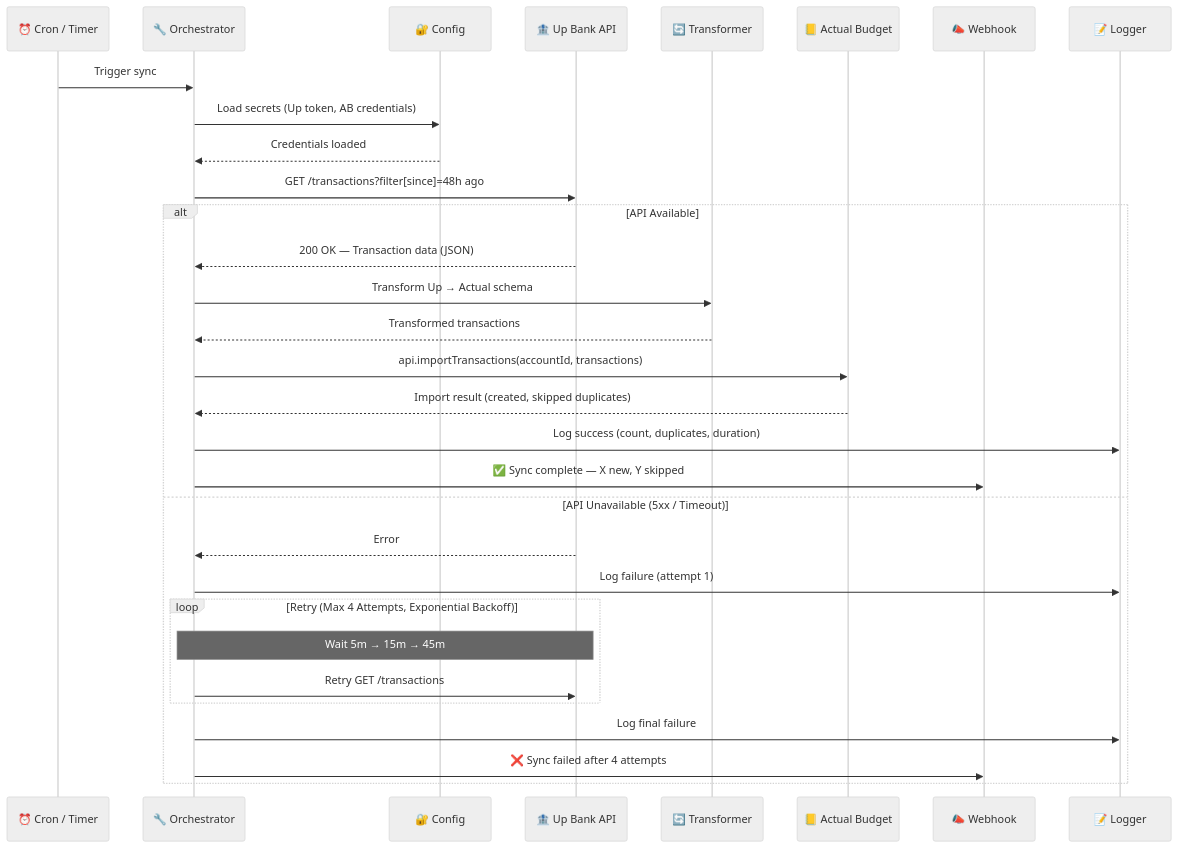
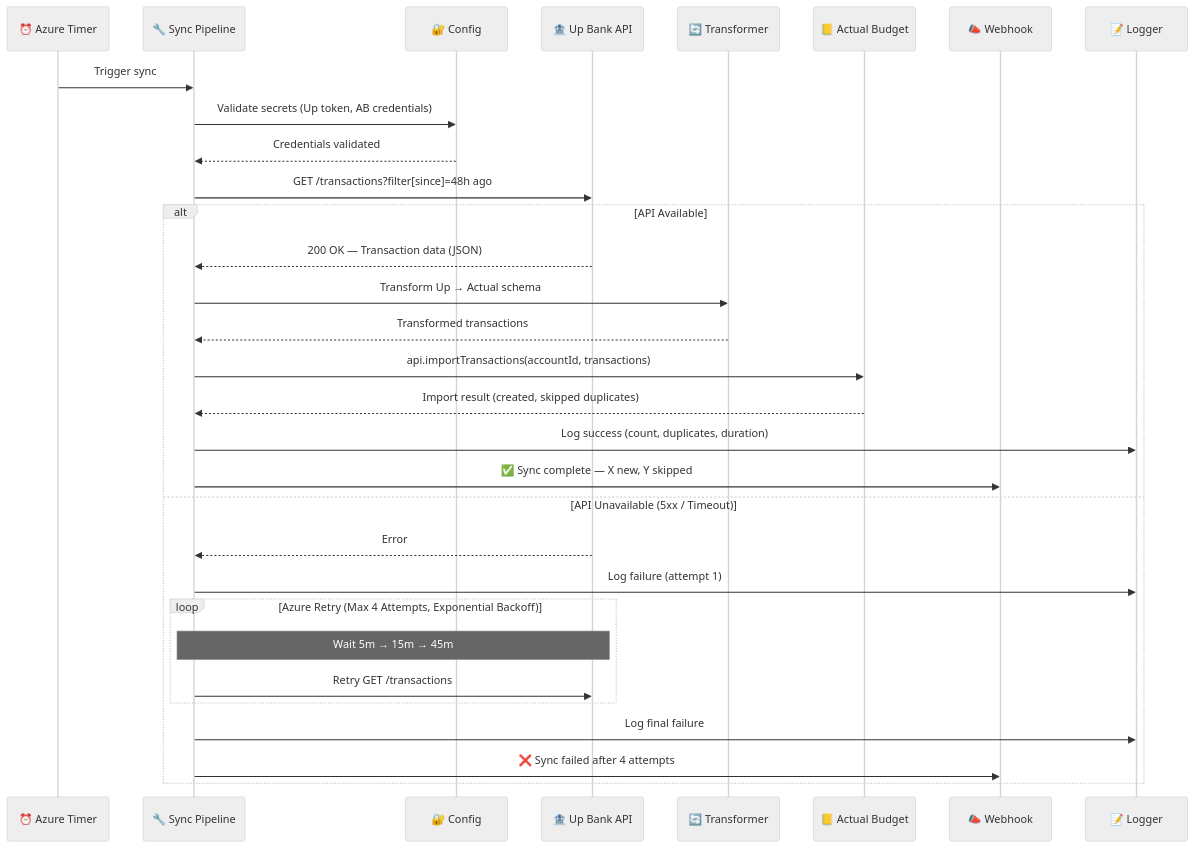
One commit to romanesmatt/up-to-actual changed the second of 3 diagrams in README.md. Above: the diagram before and after it, drawn with Mermaid (neutral theme). The commit also changed other lines of this file, not shown here.

````diff
--- a/README.md
+++ b/README.md
@@ -64,35 +66,35 @@
 ```mermaid
 sequenceDiagram
-    participant Cron as ⏰ Cron / Timer
-    participant Orch as 🔧 Orchestrator
+    participant Timer as ⏰ Azure Timer
+    participant Sync as 🔧 Sync Pipeline
     participant Config as 🔐 Config
     participant Up as 🏦 Up Bank API
     participant Trans as 🔄 Transformer
     participant AB as 📒 Actual Budget
     participant Notify as 📣 Webhook
     participant Log as 📝 Logger
 
-    Cron->>Orch: Trigger sync
-    Orch->>Config: Load secrets (Up token, AB credentials)
-    Config-->>Orch: Credentials loaded
+    Timer->>Sync: Trigger sync
+    Sync->>Config: Validate secrets (Up token, AB credentials)
+    Config-->>Sync: Credentials validated
 
-    Orch->>Up: GET /transactions?filter[since]=48h ago
+    Sync->>Up: GET /transactions?filter[since]=48h ago
     alt API Available
-        Up-->>Orch: 200 OK — Transaction data (JSON)
-        Orch->>Trans: Transform Up → Actual schema
-        Trans-->>Orch: Transformed transactions
-        Orch->>AB: api.importTransactions(accountId, transactions)
-        AB-->>Orch: Import result (created, skipped duplicates)
-        Orch->>Log: Log success (count, duplicates, duration)
-        Orch->>Notify: ✅ Sync complete — X new, Y skipped
+        Up-->>Sync: 200 OK — Transaction data (JSON)
+        Sync->>Trans: Transform Up → Actual schema
+        Trans-->>Sync: Transformed transactions
+        Sync->>AB: api.importTransactions(accountId, transactions)
+        AB-->>Sync: Import result (created, skipped duplicates)
+        Sync->>Log: Log success (count, duplicates, duration)
+        Sync->>Notify: ✅ Sync complete — X new, Y skipped
     else API Unavailable (5xx / Timeout)
-        Up-->>Orch: Error
-        Orch->>Log: Log failure (attempt 1)
-        loop Retry (Max 4 Attempts, Exponential Backoff)
-            Note over Orch,Up: Wait 5m → 15m → 45m
-            Orch->>Up: Retry GET /transactions
+        Up-->>Sync: Error
+        Sync->>Log: Log failure (attempt 1)
+        loop Azure Retry (Max 4 Attempts, Exponential Backoff)
+            Note over Sync,Up: Wait 5m → 15m → 45m
+            Sync->>Up: Retry GET /transactions
         end
-        Orch->>Log: Log final failure
-        Orch->>Notify: ❌ Sync failed after 4 attempts
+        Sync->>Log: Log final failure
+        Sync->>Notify: ❌ Sync failed after 4 attempts
     end
 ```
````
